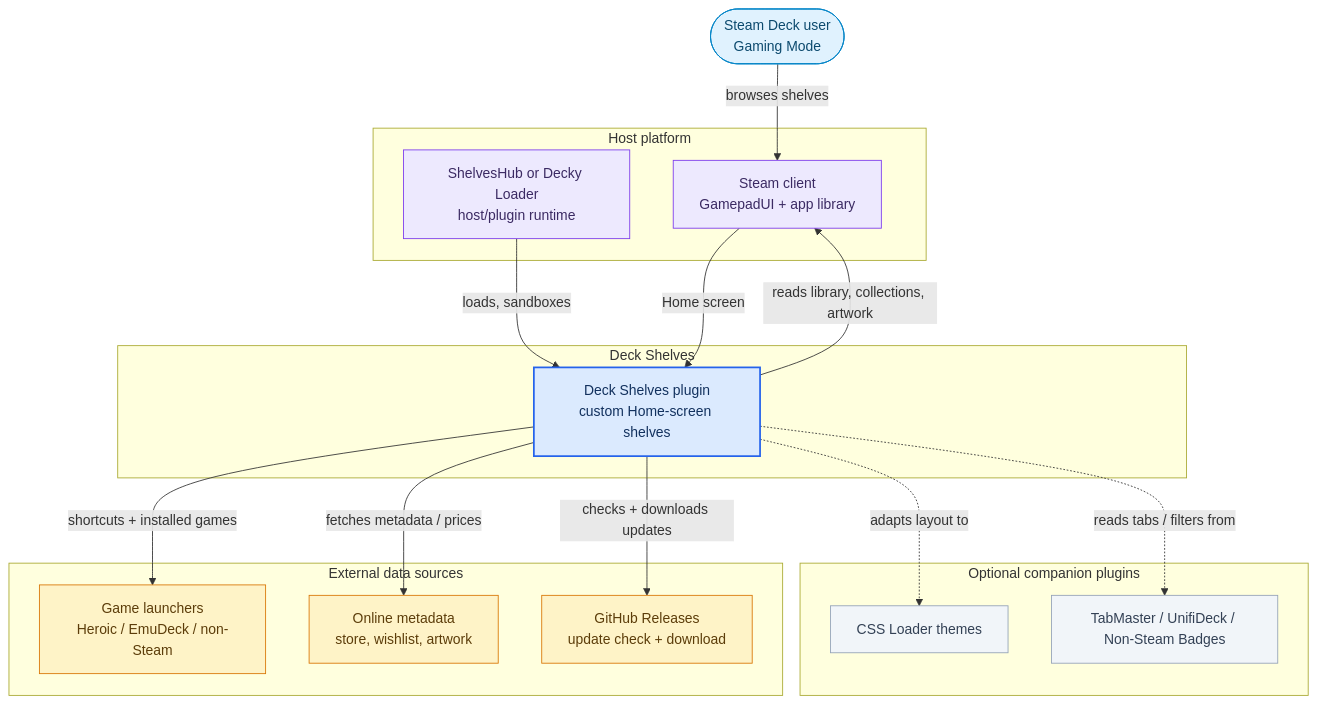
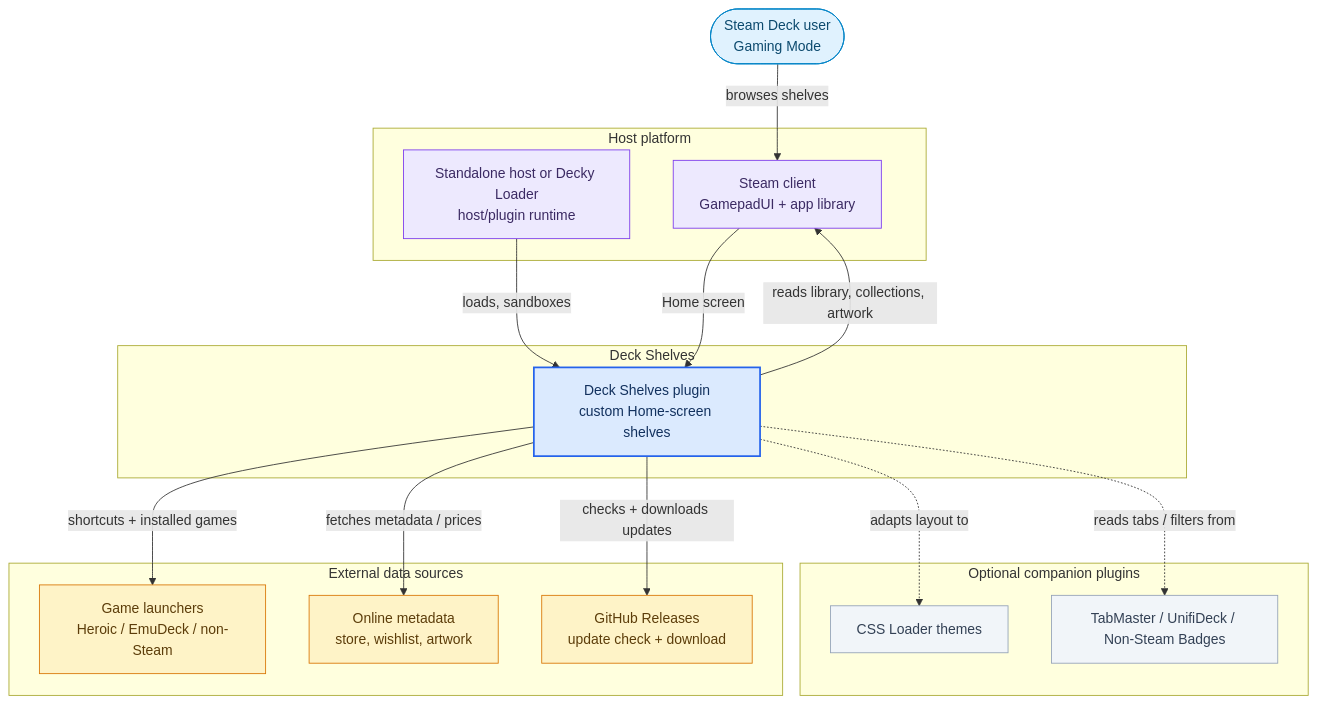
Before and after one commit to santojon/Deck-Shelves: the first of 3 diagrams in docs/architecture.md, drawn with Mermaid. The commit also changed other lines of this file and 186 other files, not shown here.

````diff
--- a/docs/architecture.md
+++ b/docs/architecture.md
@@ -20,45 +20,45 @@
 ```mermaid
 flowchart TB
     user(["Steam Deck user<br/>Gaming Mode"])
 
     subgraph deckshelves["Deck Shelves"]
         plugin["Deck Shelves plugin<br/>custom Home-screen shelves"]
     end
 
     subgraph host["Host platform"]
-        decky["ShelvesHub or Decky Loader<br/>host/plugin runtime"]
+        decky["Standalone host or Decky Loader<br/>host/plugin runtime"]
         steam["Steam client<br/>GamepadUI + app library"]
     end
 
     subgraph external["External data sources"]
         launchers["Game launchers<br/>Heroic / EmuDeck / non-Steam"]
         online["Online metadata<br/>store, wishlist, artwork"]
         gh["GitHub Releases<br/>update check + download"]
     end
 
     subgraph optional["Optional companion plugins"]
         css["CSS Loader themes"]
         tabmaster["TabMaster / UnifiDeck / Non-Steam Badges"]
     end
 
     user -->|"browses shelves"| steam
     steam -->|"Home screen"| plugin
     decky -->|"loads, sandboxes"| plugin
     plugin -->|"reads library, collections, artwork"| steam
     plugin -->|"shortcuts + installed games"| launchers
     plugin -->|"fetches metadata / prices"| online
     plugin -->|"checks + downloads updates"| gh
     plugin -.->|"adapts layout to"| css
     plugin -.->|"reads tabs / filters from"| tabmaster
 
     classDef ds fill:#dbeafe,stroke:#2563eb,stroke-width:2px,color:#12315e
     classDef platform fill:#ede9fe,stroke:#7c3aed,color:#3b2a63
     classDef ext fill:#fef3c7,stroke:#d97706,color:#5c3d0a
     classDef opt fill:#f1f5f9,stroke:#94a3b8,color:#334155
     classDef actor fill:#e0f2fe,stroke:#0284c7,color:#0c4a6e
     class plugin ds
     class decky,steam platform
     class launchers,online,gh ext
     class css,tabmaster opt
     class user actor
 ```
````
